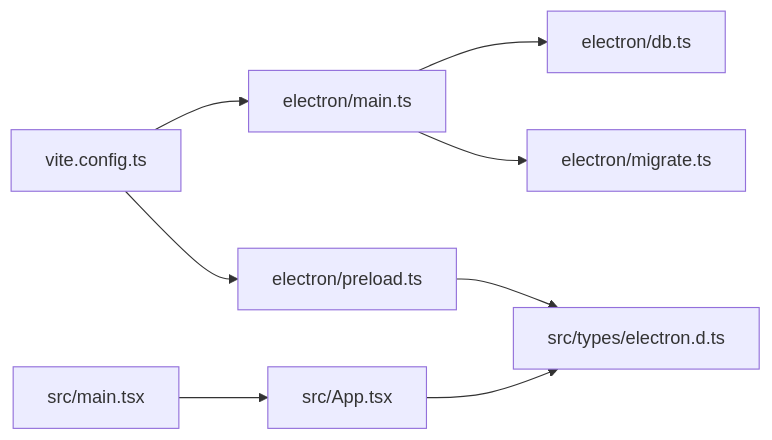
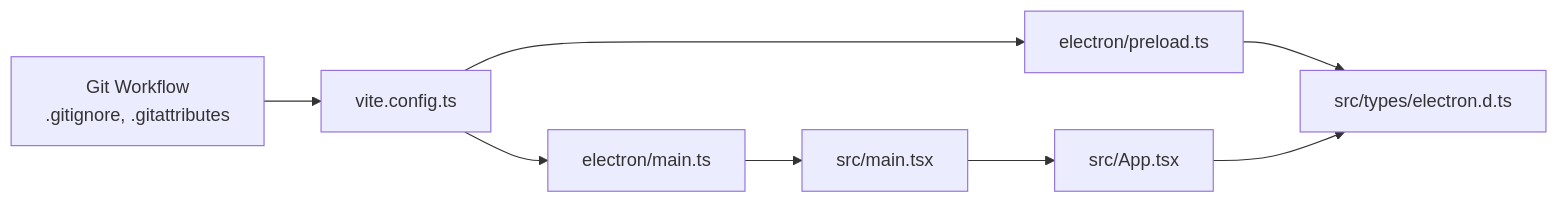
Before and after one commit to jimmywyk/lyricdeck: the seventh of 7 diagrams in .qoder/repowiki/en/content/Build and Deployment.md, drawn with Mermaid. The commit also changed other lines of this file and 9 other files, not shown here.

````diff
--- a/.qoder/repowiki/en/content/Build and Deployment.md
+++ b/.qoder/repowiki/en/content/Build and Deployment.md
@@ -360,10 +388,10 @@
 ```mermaid
 graph LR
-Vite["vite.config.ts"] --> Main["electron/main.ts"]
+Git["Git Workflow<br/>.gitignore, .gitattributes"] --> Vite["vite.config.ts"]
+Vite --> Main["electron/main.ts"]
 Vite --> Preload["electron/preload.ts"]
-Main --> DB["electron/db.ts"]
-Main --> Migrate["electron/migrate.ts"]
+Main --> SrcMain["src/main.tsx"]
 Preload --> Types["src/types/electron.d.ts"]
-SrcMain["src/main.tsx"] --> App["src/App.tsx"]
+SrcMain --> App["src/App.tsx"]
 App --> Types
 ```
````
